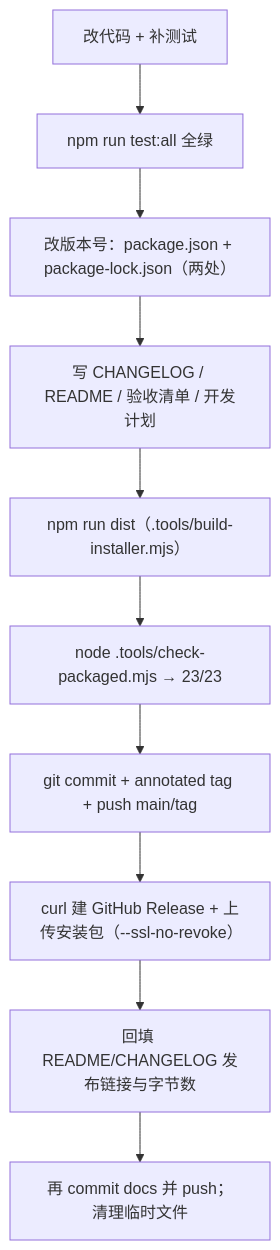
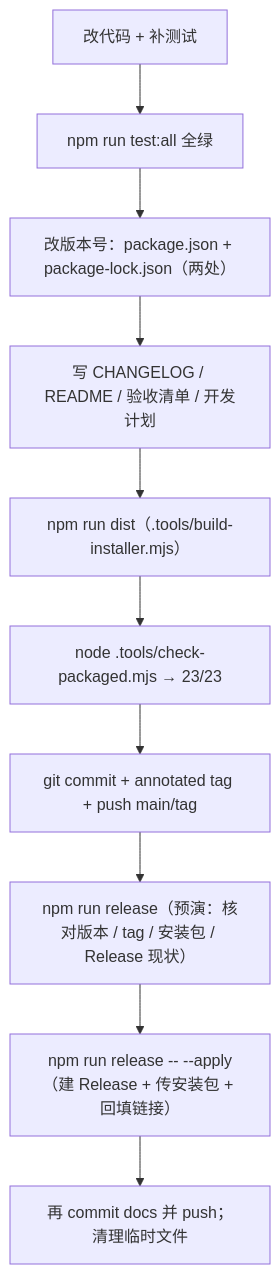
Before and after one commit to x-000001/zhishiku: the fourth of 4 diagrams in DEVELOPER_GUIDE.md, drawn with Mermaid. The commit also changed other lines of this file and 2 other files, not shown here.

Commit message:
chore：发布脚本 .tools/release.mjs 纳入版本管理（预演核对 + 建 Release/传安装包/回填文档一条命令）

````diff
--- a/DEVELOPER_GUIDE.md
+++ b/DEVELOPER_GUIDE.md
@@ -491,12 +492,12 @@
 ```mermaid
 flowchart TD
   A["改代码 + 补测试"] --> B["npm run test:all 全绿"]
   B --> C["改版本号：package.json + package-lock.json（两处）"]
   C --> D["写 CHANGELOG / README / 验收清单 / 开发计划"]
   D --> E["npm run dist（.tools/build-installer.mjs）"]
   E --> F["node .tools/check-packaged.mjs → 23/23"]
   F --> G["git commit + annotated tag + push main/tag"]
-  G --> H["curl 建 GitHub Release + 上传安装包（--ssl-no-revoke）"]
-  H --> I["回填 README/CHANGELOG 发布链接与字节数"]
+  G --> H["npm run release（预演：核对版本 / tag / 安装包 / Release 现状）"]
+  H --> I["npm run release -- --apply（建 Release + 传安装包 + 回填链接）"]
   I --> J["再 commit docs 并 push；清理临时文件"]
 ```
````
